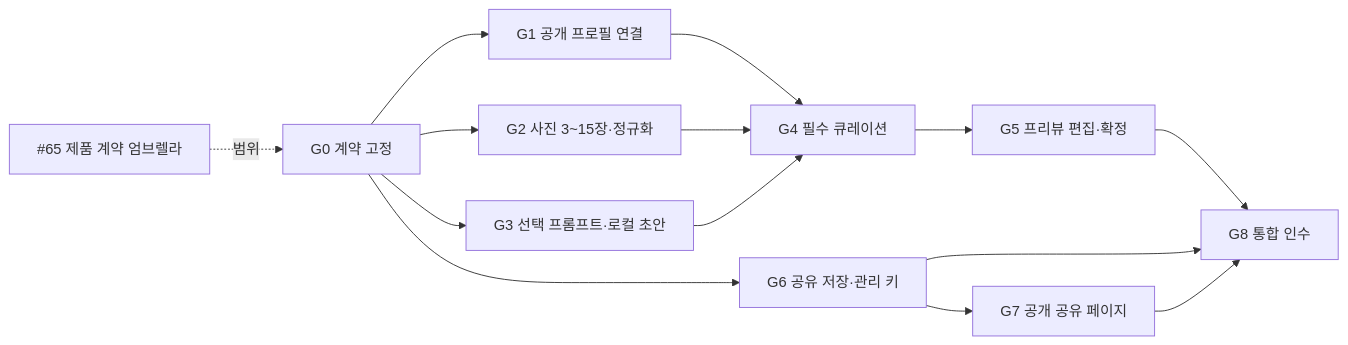
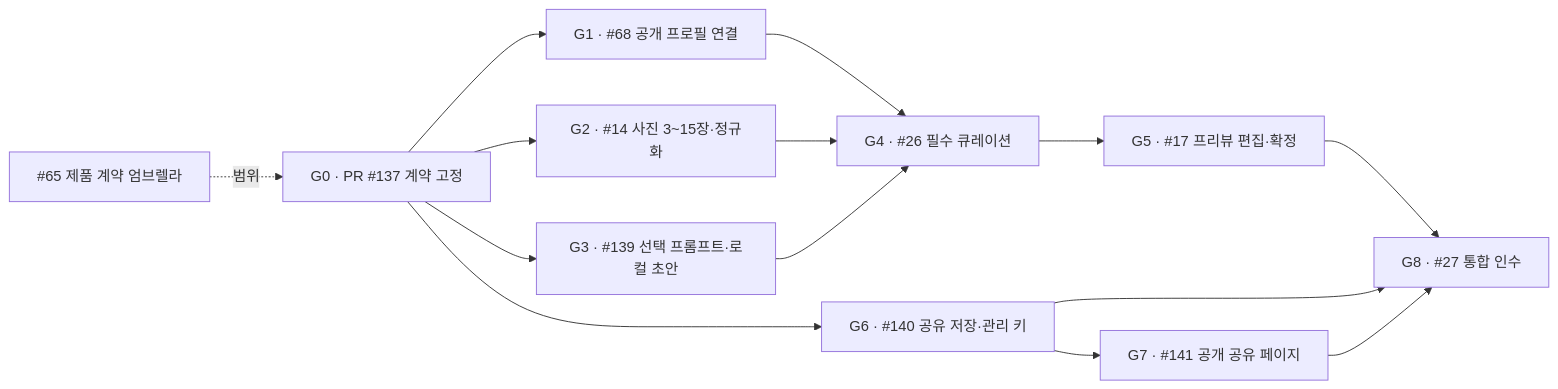
One commit to Daterl/gyeol changed the diagram in docs/ai-session-workflow.md. Above: the diagram before and after it, drawn with Mermaid. The commit also changed other lines of this file and 1 other file, not shown here.

Commit message:
docs: connect implementation issues to product graph #patch

````diff
--- a/docs/ai-session-workflow.md
+++ b/docs/ai-session-workflow.md
@@ -18,16 +18,16 @@
 ```mermaid
 flowchart LR
-  U["#65 제품 계약 엄브렐라"] -. 범위 .-> G0["G0 계약 고정"]
-  G0 --> G1["G1 공개 프로필 연결"]
-  G0 --> G2["G2 사진 3~15장·정규화"]
-  G0 --> G3["G3 선택 프롬프트·로컬 초안"]
-  G0 --> G6["G6 공유 저장·관리 키"]
-  G1 --> G4["G4 필수 큐레이션"]
+  U["#65 제품 계약 엄브렐라"] -. 범위 .-> G0["G0 · PR #137 계약 고정"]
+  G0 --> G1["G1 · #68 공개 프로필 연결"]
+  G0 --> G2["G2 · #14 사진 3~15장·정규화"]
+  G0 --> G3["G3 · #139 선택 프롬프트·로컬 초안"]
+  G0 --> G6["G6 · #140 공유 저장·관리 키"]
+  G1 --> G4["G4 · #26 필수 큐레이션"]
   G2 --> G4
   G3 --> G4
-  G4 --> G5["G5 프리뷰 편집·확정"]
-  G6 --> G7["G7 공개 공유 페이지"]
-  G5 --> G8["G8 통합 인수"]
+  G4 --> G5["G5 · #17 프리뷰 편집·확정"]
+  G6 --> G7["G7 · #141 공개 공유 페이지"]
+  G5 --> G8["G8 · #27 통합 인수"]
   G6 --> G8
   G7 --> G8
 ```
````
